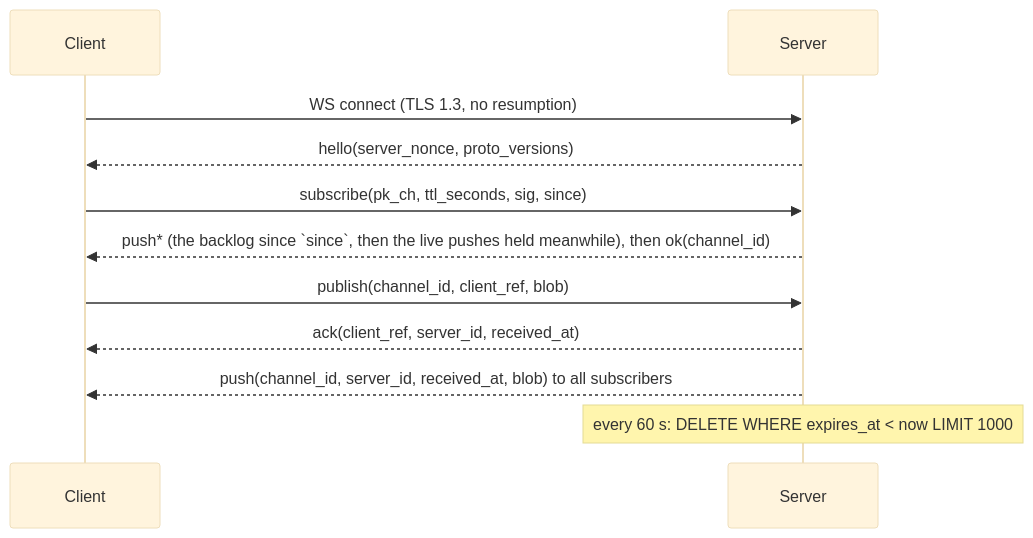
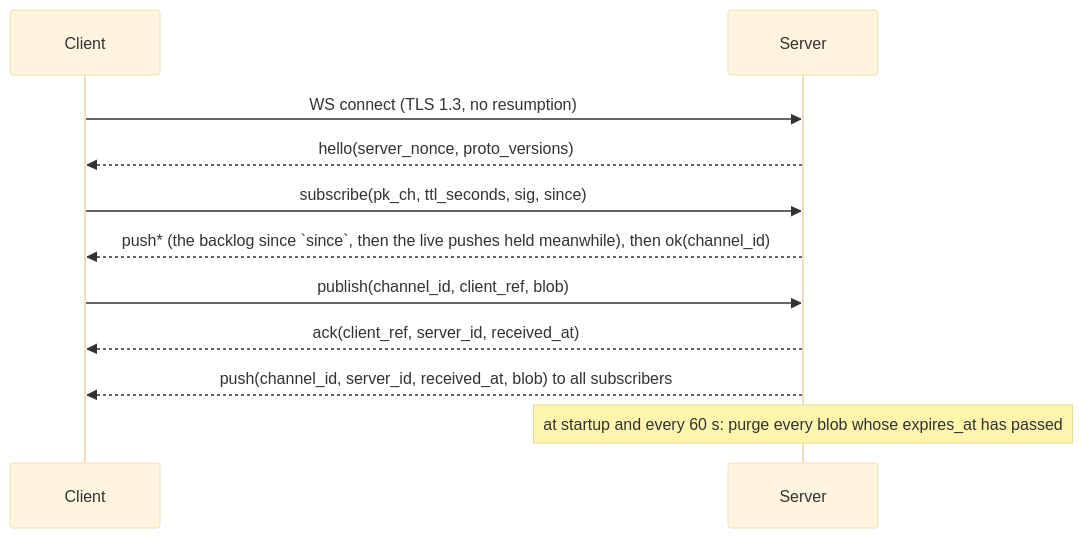
The first of 4 diagrams in docs/spec.md (maarcv/privatechat), drawn with Mermaid (base theme) before and after one commit. The commit also changed other lines of this file, not shown here.

````diff
--- a/docs/spec.md
+++ b/docs/spec.md
@@ -288,13 +288,13 @@
 ```mermaid
 sequenceDiagram
     participant C as Client
     participant S as Server
     C->>S: WS connect (TLS 1.3, no resumption)
     S-->>C: hello(server_nonce, proto_versions)
     C->>S: subscribe(pk_ch, ttl_seconds, sig, since)
     S-->>C: push* (the backlog since `since`, then the live pushes held meanwhile), then ok(channel_id)
     C->>S: publish(channel_id, client_ref, blob)
     S-->>C: ack(client_ref, server_id, received_at)
     S-->>C: push(channel_id, server_id, received_at, blob) to all subscribers
-    Note over S: every 60 s: DELETE WHERE expires_at < now LIMIT 1000
+    Note over S: at startup and every 60 s: purge every blob whose expires_at has passed
 ```
````
